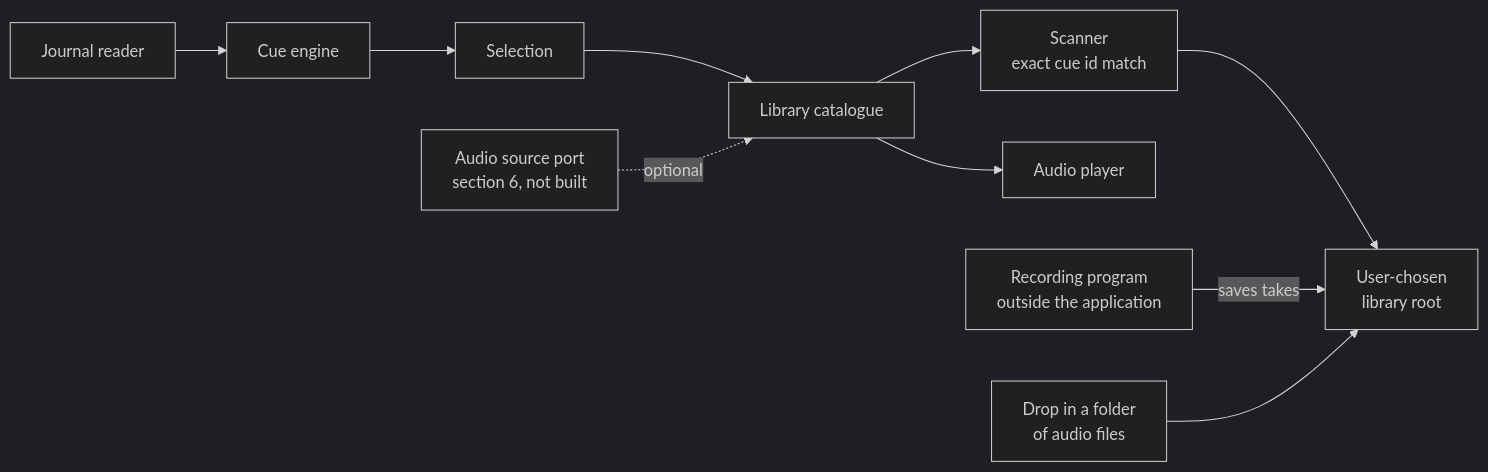
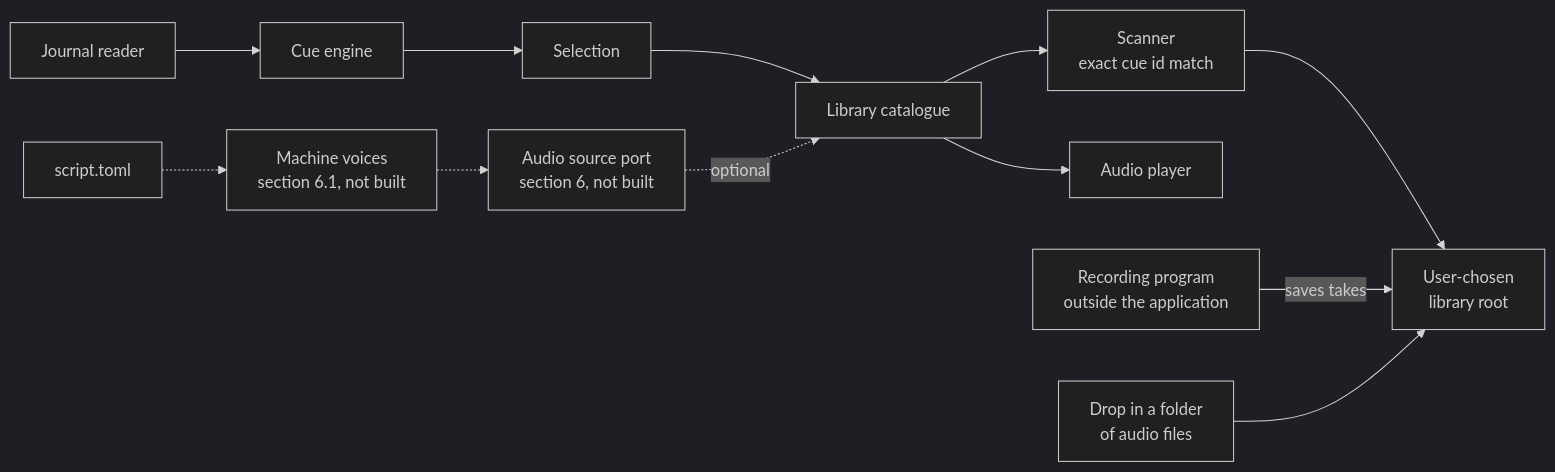
One commit to oernster/BridgeTalk changed the diagram in REQUIREMENTS.md. Above: the diagram before and after it, drawn with Mermaid (dark theme). The commit also changed other lines of this file, not shown here.

First line of the commit message:
Specify machine voices built into the application

````diff
--- a/REQUIREMENTS.md
+++ b/REQUIREMENTS.md
@@ -80,12 +91,14 @@
 ```mermaid
 graph LR
   J[Journal reader] --> CE[Cue engine]
   CE --> SEL[Selection]
   SEL --> CAT[Library catalogue]
   CAT --> SCAN["Scanner<br/>exact cue id match"]
   SCAN --> ROOT["User-chosen<br/>library root"]
   CAT --> PLAY[Audio player]
   REC["Recording program<br/>outside the application"] -->|saves takes| ROOT
   DROP["Drop in a folder<br/>of audio files"] --> ROOT
   PORT["Audio source port<br/>section 6, not built"] -.optional.-> CAT
+  MV["Machine voices<br/>section 6.1, not built"] -.-> PORT
+  SCRIPT["script.toml"] -.-> MV
 ```
````
